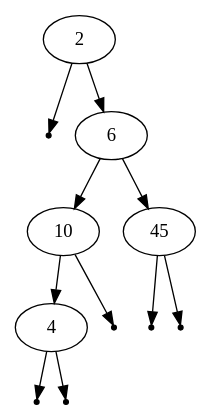
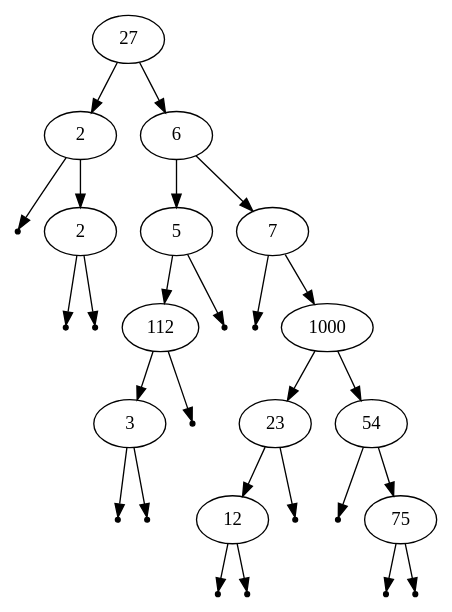
Before and after one commit to aschey/cs260: the diagram in graph.dot, drawn with Graphviz. The commit also changed 3 other files, not shown here.

```diff
--- a/graph.dot
+++ b/graph.dot
@@ -1,24 +1,56 @@
 digraph {
 graph [ordering="out"];
-Node0 [label=2];
+Node0 [label=27];
+Node1 [label=2];
+Node0 -> Node1;
+Node2 [label=6];
+Node0 -> Node2;
 Null0 [shape=point]
-;Node0 -> Null0;
-Node1 [label=6];
-Node0 -> Node1;
-Node2 [label=10];
-Node1 -> Node2;
-Node3 [label=45];
+;Node1 -> Null0;
+Node3 [label=2];
 Node1 -> Node3;
-Node4 [label=4];
+Node4 [label=5];
 Node2 -> Node4;
+Node5 [label=7];
+Node2 -> Node5;
 Null1 [shape=point]
-;Node2 -> Null1;
+;Node3 -> Null1;
 Null2 [shape=point]
 ;Node3 -> Null2;
+Node6 [label=112];
+Node4 -> Node6;
 Null3 [shape=point]
-;Node3 -> Null3;
+;Node4 -> Null3;
 Null4 [shape=point]
-;Node4 -> Null4;
+;Node5 -> Null4;
+Node7 [label=1000];
+Node5 -> Node7;
+Node8 [label=3];
+Node6 -> Node8;
 Null5 [shape=point]
-;Node4 -> Null5;
+;Node6 -> Null5;
+Node9 [label=23];
+Node7 -> Node9;
+Node10 [label=54];
+Node7 -> Node10;
+Null6 [shape=point]
+;Node8 -> Null6;
+Null7 [shape=point]
+;Node8 -> Null7;
+Node11 [label=12];
+Node9 -> Node11;
+Null8 [shape=point]
+;Node9 -> Null8;
+Null9 [shape=point]
+;Node10 -> Null9;
+Node12 [label=75];
+Node10 -> Node12;
+Null10 [shape=point]
+;Node11 -> Null10;
+Null11 [shape=point]
+;Node11 -> Null11;
+Null12 [shape=point]
+;Node12 -> Null12;
+Null13 [shape=point]
+;Node12 -> Null13;
 }
```
